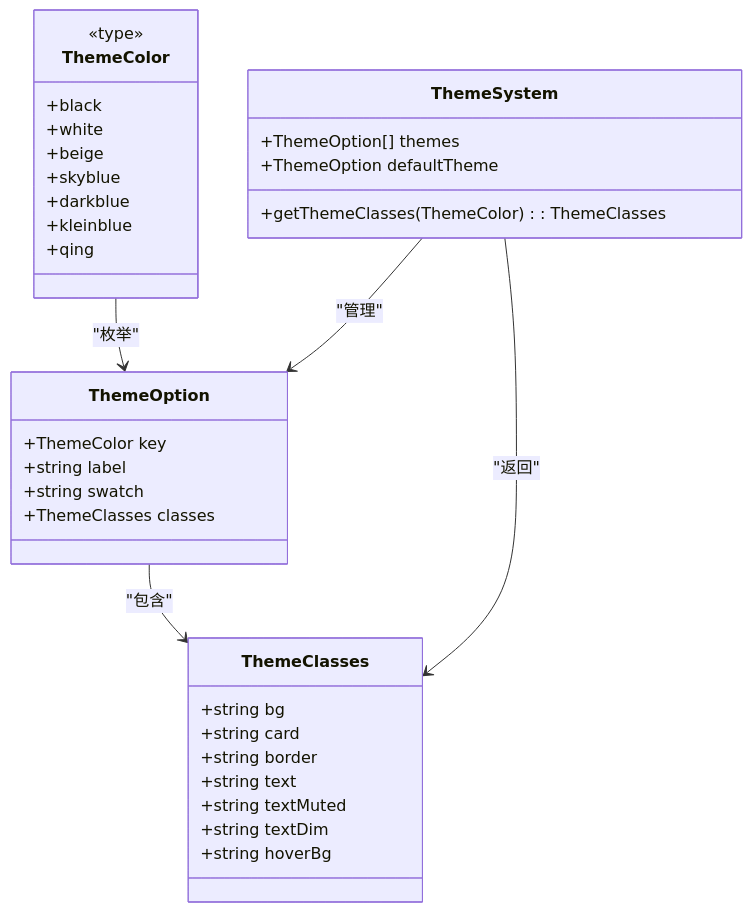
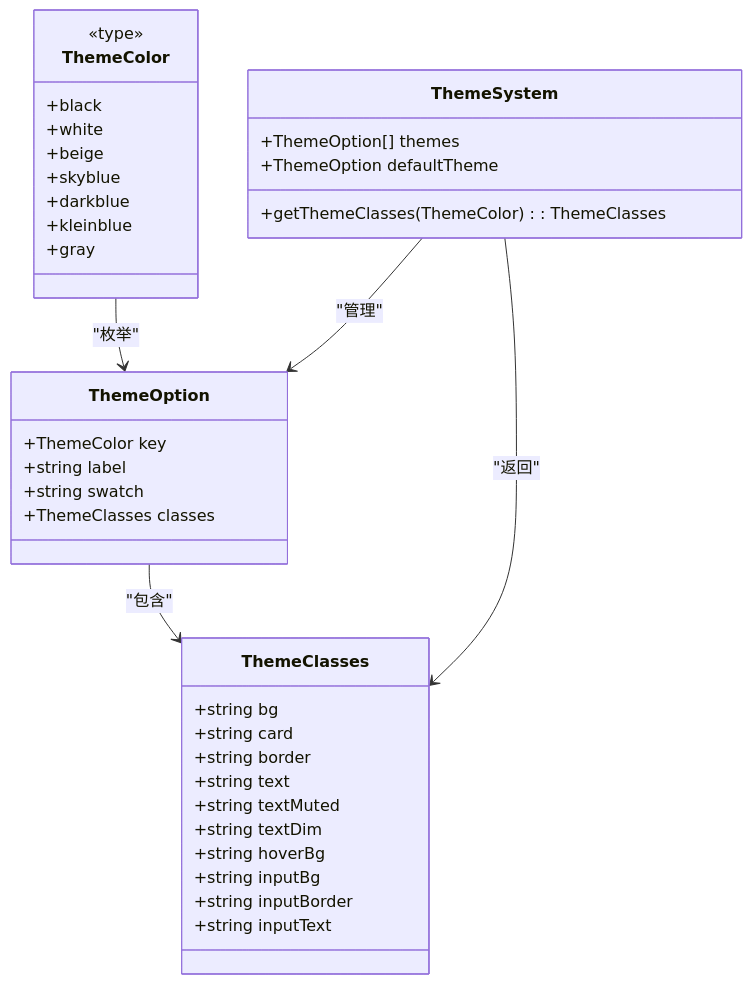
The eighth of 10 diagrams in .qoder/repowiki/zh/content/API参考手册/类型定义参考.md (remgasuki/ReDoPhoto), drawn with Mermaid before and after one commit. The commit also changed other lines of this file and 39 other files, not shown here.

````diff
--- a/.qoder/repowiki/zh/content/API参考手册/类型定义参考.md
+++ b/.qoder/repowiki/zh/content/API参考手册/类型定义参考.md
@@ -477,37 +428,40 @@
 ```mermaid
 classDiagram
 class ThemeColor {
 <<type>>
 +black
 +white
 +beige
 +skyblue
 +darkblue
 +kleinblue
-+qing
++gray
 }
 class ThemeClasses {
 +string bg
 +string card
 +string border
 +string text
 +string textMuted
 +string textDim
 +string hoverBg
++string inputBg
++string inputBorder
++string inputText
 }
 class ThemeOption {
 +ThemeColor key
 +string label
 +string swatch
 +ThemeClasses classes
 }
 class ThemeSystem {
 +ThemeOption[] themes
 +ThemeOption defaultTheme
 +getThemeClasses(ThemeColor) : ThemeClasses
 }
 ThemeColor --> ThemeOption : "枚举"
 ThemeOption --> ThemeClasses : "包含"
 ThemeSystem --> ThemeOption : "管理"
 ThemeSystem --> ThemeClasses : "返回"
 ```
````
